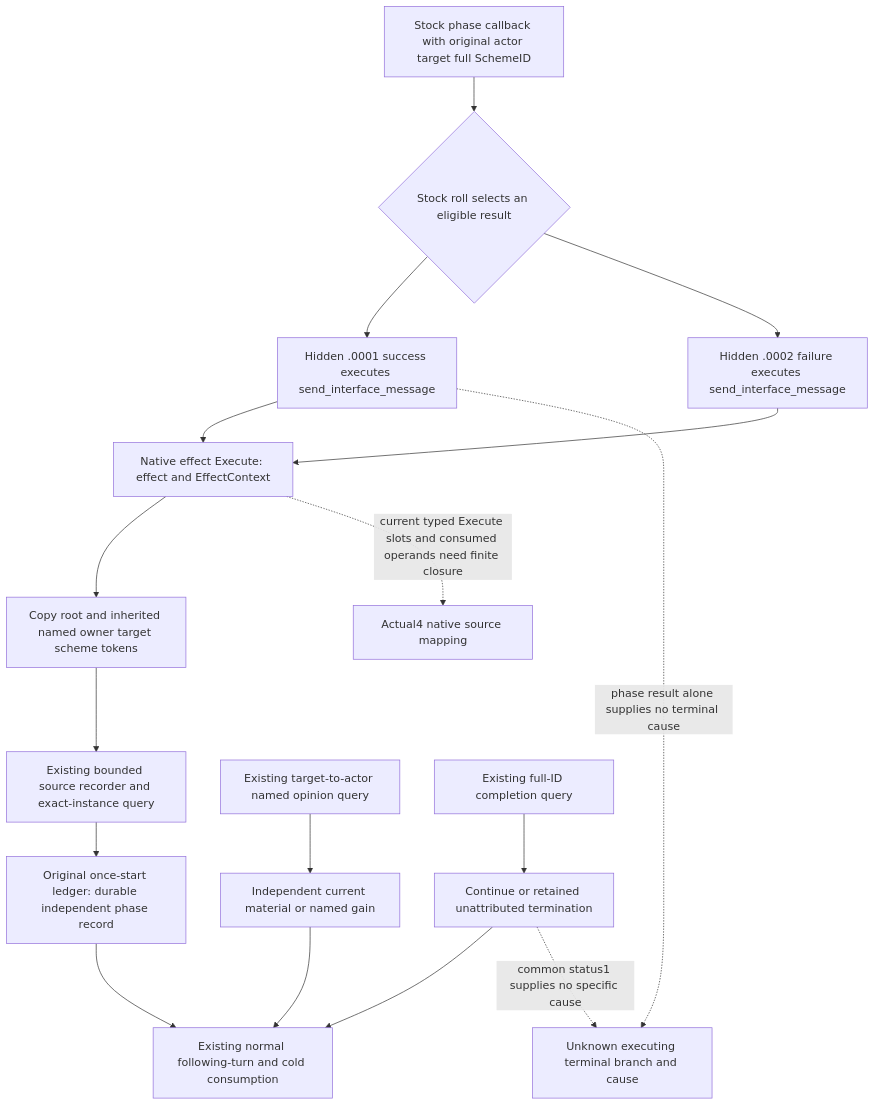
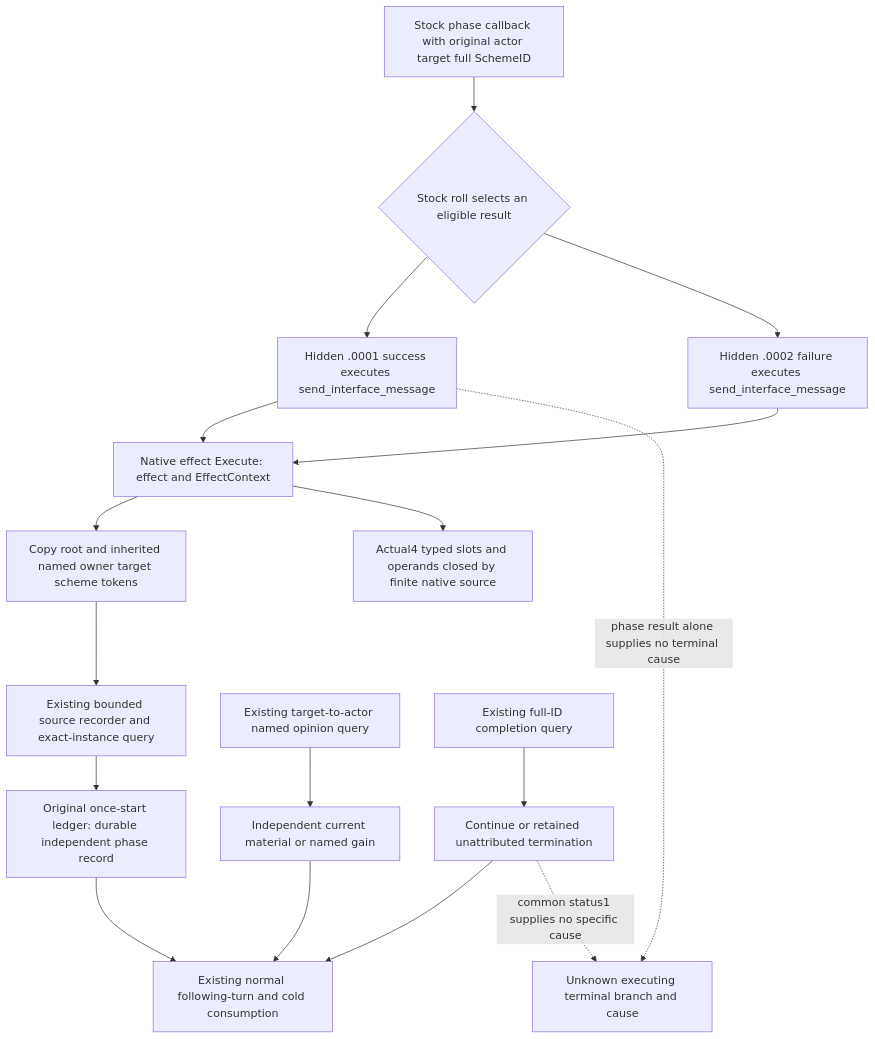
The diagram in docs/ck3-native-ai/sway-hidden-phase-source-input-12004.md (XenoAmess/ck3_eternal_recurrence), drawn with Mermaid before and after one commit. The commit also changed other lines of this file and 17 other files, not shown here.

````diff
--- a/docs/ck3-native-ai/sway-hidden-phase-source-input-12004.md
+++ b/docs/ck3-native-ai/sway-hidden-phase-source-input-12004.md
@@ -32,19 +32,19 @@
 ```mermaid
 flowchart TD
   P[Stock phase callback with original actor target full SchemeID] --> R{Stock roll selects an eligible result}
   R --> S[Hidden .0001 success executes send_interface_message]
   R --> F[Hidden .0002 failure executes send_interface_message]
   S --> E[Native effect Execute: effect and EffectContext]
   F --> E
   E --> J[Copy root and inherited named owner target scheme tokens]
   J --> Q[Existing bounded source recorder and exact-instance query]
   Q --> L[Original once-start ledger: durable independent phase record]
   O[Existing target-to-actor named opinion query] --> M[Independent current material or named gain]
   C[Existing full-ID completion query] --> T[Continue or retained unattributed termination]
   L --> N[Existing normal following-turn and cold consumption]
   M --> N
   T --> N
-  E -. current typed Execute slots and consumed operands need finite closure .-> U[Actual4 native source mapping]
+  E --> U[Actual4 typed slots and operands closed by finite native source]
   S -. phase result alone supplies no terminal cause .-> X[Unknown executing terminal branch and cause]
   T -. common status1 supplies no specific cause .-> X
 ```
````
